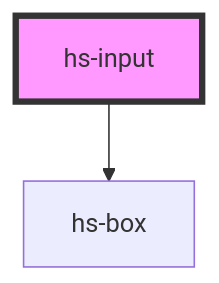
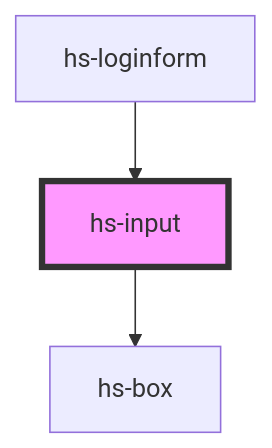
The diagram in src/components/hs-input/readme.md (dimka3553/hs-design-system), drawn with Mermaid before and after one commit. The commit also changed other lines of this file and 14 other files, not shown here.

````diff
--- a/src/components/hs-input/readme.md
+++ b/src/components/hs-input/readme.md
@@ -28,5 +32,6 @@
 ```mermaid
 graph TD;
   hs-input --> hs-box
+  hs-loginform --> hs-input
   style hs-input fill:#f9f,stroke:#333,stroke-width:4px
 ```
````
